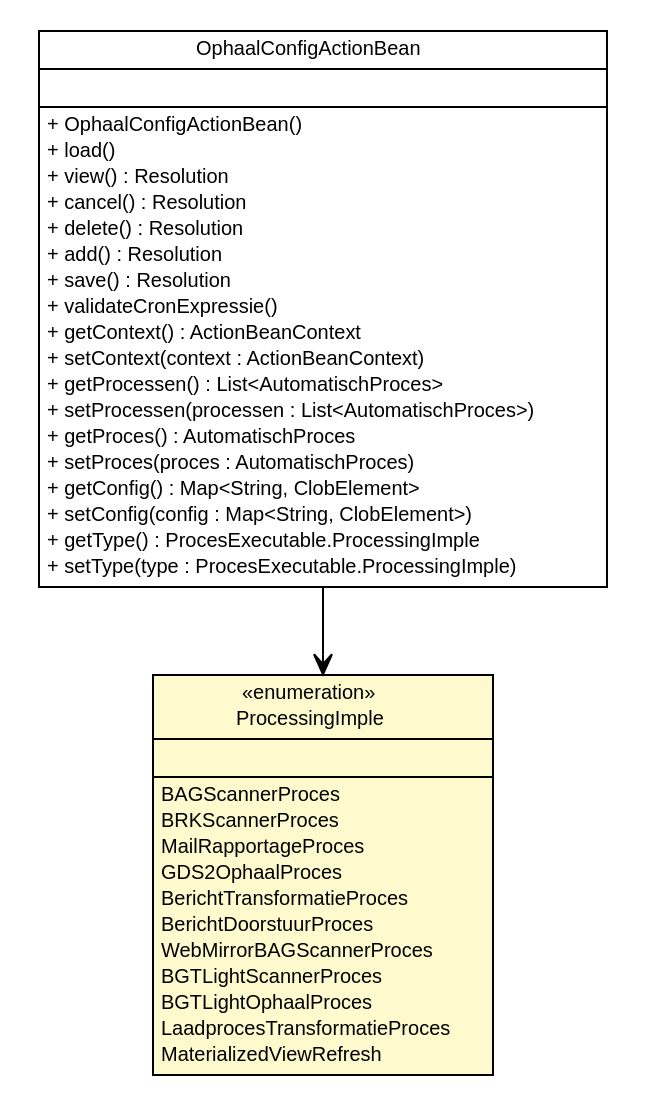
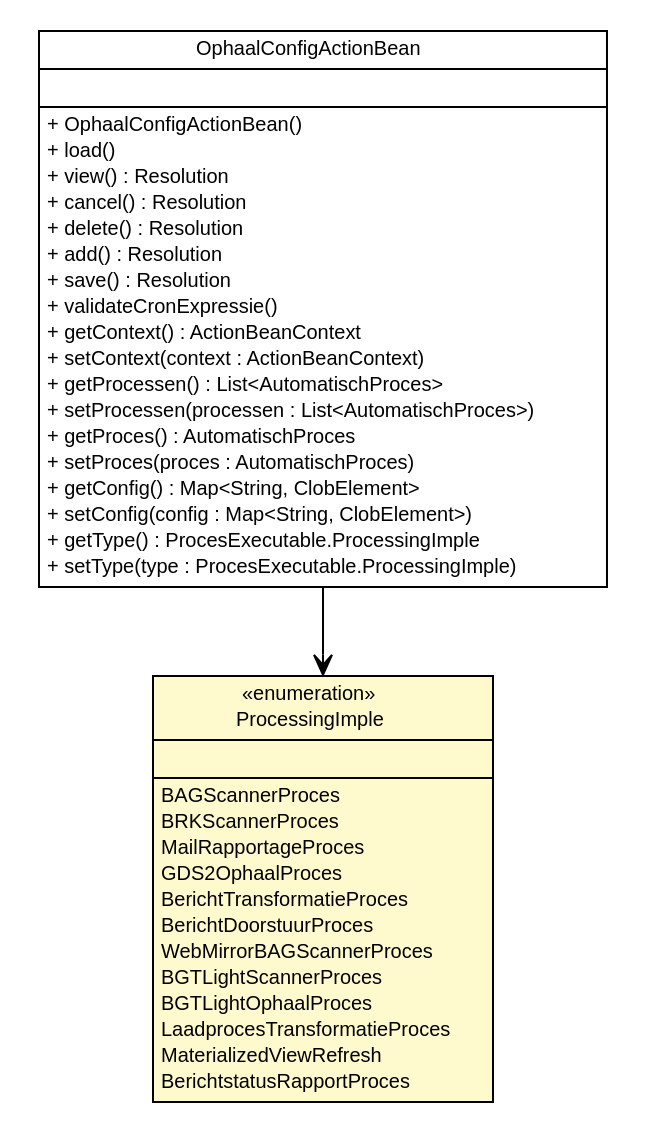
One commit to B3Partners/brmo changed the diagram in brmo-service/apidocs/nl/b3p/brmo/service/scanner/ProcesExecutable.ProcessingImple.dot. Above: the diagram before and after it, drawn with Graphviz. The commit also changed 273 other files, not shown here.

```diff
--- a/brmo-service/apidocs/nl/b3p/brmo/service/scanner/ProcesExecutable.ProcessingImple.dot
+++ b/brmo-service/apidocs/nl/b3p/brmo/service/scanner/ProcesExecutable.ProcessingImple.dot
@@ -1,66 +1,67 @@
 #!/usr/local/bin/dot
 #
 # Class diagram 
 # Generated by UMLGraph version R5_6-24-gf6e263 (http://www.umlgraph.org/)
 #
 
 digraph G {
 	edge [fontname="Helvetica",fontsize=10,labelfontname="Helvetica",labelfontsize=10];
 	node [fontname="Helvetica",fontsize=10,shape=plaintext];
 	nodesep=0.25;
 	ranksep=0.5;
 	// nl.b3p.brmo.service.stripes.OphaalConfigActionBean
-	c1746 [label=<<table title="nl.b3p.brmo.service.stripes.OphaalConfigActionBean" border="0" cellborder="1" cellspacing="0" cellpadding="2" port="p" href="../stripes/OphaalConfigActionBean.html">
+	c1917 [label=<<table title="nl.b3p.brmo.service.stripes.OphaalConfigActionBean" border="0" cellborder="1" cellspacing="0" cellpadding="2" port="p" href="../stripes/OphaalConfigActionBean.html">
 		<tr><td><table border="0" cellspacing="0" cellpadding="1">
 <tr><td align="center" balign="center"> OphaalConfigActionBean </td></tr>
 		</table></td></tr>
 		<tr><td><table border="0" cellspacing="0" cellpadding="1">
 <tr><td align="left" balign="left">  </td></tr>
 		</table></td></tr>
 		<tr><td><table border="0" cellspacing="0" cellpadding="1">
 <tr><td align="left" balign="left"> + OphaalConfigActionBean() </td></tr>
 <tr><td align="left" balign="left"> + load() </td></tr>
 <tr><td align="left" balign="left"> + view() : Resolution </td></tr>
 <tr><td align="left" balign="left"> + cancel() : Resolution </td></tr>
 <tr><td align="left" balign="left"> + delete() : Resolution </td></tr>
 <tr><td align="left" balign="left"> + add() : Resolution </td></tr>
 <tr><td align="left" balign="left"> + save() : Resolution </td></tr>
 <tr><td align="left" balign="left"> + validateCronExpressie() </td></tr>
 <tr><td align="left" balign="left"> + getContext() : ActionBeanContext </td></tr>
 <tr><td align="left" balign="left"> + setContext(context : ActionBeanContext) </td></tr>
 <tr><td align="left" balign="left"> + getProcessen() : List&lt;AutomatischProces&gt; </td></tr>
 <tr><td align="left" balign="left"> + setProcessen(processen : List&lt;AutomatischProces&gt;) </td></tr>
 <tr><td align="left" balign="left"> + getProces() : AutomatischProces </td></tr>
 <tr><td align="left" balign="left"> + setProces(proces : AutomatischProces) </td></tr>
 <tr><td align="left" balign="left"> + getConfig() : Map&lt;String, ClobElement&gt; </td></tr>
 <tr><td align="left" balign="left"> + setConfig(config : Map&lt;String, ClobElement&gt;) </td></tr>
 <tr><td align="left" balign="left"> + getType() : ProcesExecutable.ProcessingImple </td></tr>
 <tr><td align="left" balign="left"> + setType(type : ProcesExecutable.ProcessingImple) </td></tr>
 		</table></td></tr>
 		</table>>, URL="../stripes/OphaalConfigActionBean.html", fontname="Helvetica", fontcolor="black", fontsize=10.0];
 	// nl.b3p.brmo.service.scanner.ProcesExecutable.ProcessingImple
-	c1771 [label=<<table title="nl.b3p.brmo.service.scanner.ProcesExecutable.ProcessingImple" border="0" cellborder="1" cellspacing="0" cellpadding="2" port="p" bgcolor="lemonChiffon" href="./ProcesExecutable.ProcessingImple.html">
+	c1944 [label=<<table title="nl.b3p.brmo.service.scanner.ProcesExecutable.ProcessingImple" border="0" cellborder="1" cellspacing="0" cellpadding="2" port="p" bgcolor="lemonChiffon" href="./ProcesExecutable.ProcessingImple.html">
 		<tr><td><table border="0" cellspacing="0" cellpadding="1">
 <tr><td align="center" balign="center"> &#171;enumeration&#187; </td></tr>
 <tr><td align="center" balign="center"> ProcessingImple </td></tr>
 		</table></td></tr>
 		<tr><td><table border="0" cellspacing="0" cellpadding="1">
 <tr><td align="left" balign="left">  </td></tr>
 		</table></td></tr>
 		<tr><td><table border="0" cellspacing="0" cellpadding="1">
 <tr><td align="left" balign="left"> BAGScannerProces </td></tr>
 <tr><td align="left" balign="left"> BRKScannerProces </td></tr>
 <tr><td align="left" balign="left"> MailRapportageProces </td></tr>
 <tr><td align="left" balign="left"> GDS2OphaalProces </td></tr>
 <tr><td align="left" balign="left"> BerichtTransformatieProces </td></tr>
 <tr><td align="left" balign="left"> BerichtDoorstuurProces </td></tr>
 <tr><td align="left" balign="left"> WebMirrorBAGScannerProces </td></tr>
 <tr><td align="left" balign="left"> BGTLightScannerProces </td></tr>
 <tr><td align="left" balign="left"> BGTLightOphaalProces </td></tr>
 <tr><td align="left" balign="left"> LaadprocesTransformatieProces </td></tr>
 <tr><td align="left" balign="left"> MaterializedViewRefresh </td></tr>
+<tr><td align="left" balign="left"> BerichtstatusRapportProces </td></tr>
 		</table></td></tr>
 		</table>>, URL="./ProcesExecutable.ProcessingImple.html", fontname="Helvetica", fontcolor="black", fontsize=10.0];
 	// nl.b3p.brmo.service.stripes.OphaalConfigActionBean NAVASSOC nl.b3p.brmo.service.scanner.ProcesExecutable.ProcessingImple
-	c1746:p -> c1771:p [taillabel="", label="", headlabel="", fontname="Helvetica", fontcolor="black", fontsize=10.0, color="black", arrowhead=open];
+	c1917:p -> c1944:p [taillabel="", label="", headlabel="", fontname="Helvetica", fontcolor="black", fontsize=10.0, color="black", arrowhead=open];
 }
```
